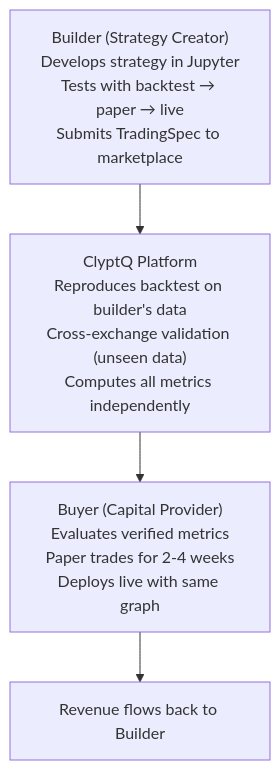
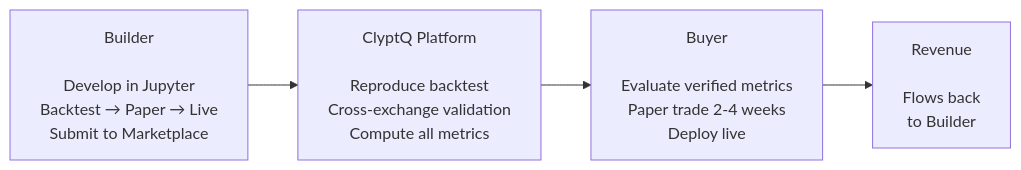
One commit to Clypt/docs changed the first of 2 diagrams in platform/ecosystem-overview.mdx. Above: the diagram before and after it, drawn with Mermaid. The commit also changed other lines of this file and 12 other files, not shown here.

````diff
--- a/platform/ecosystem-overview.mdx
+++ b/platform/ecosystem-overview.mdx
@@ -18,9 +18,9 @@
 ```mermaid
-flowchart TB
-    Builder["Builder (Strategy Creator)<br>Develops strategy in Jupyter<br>Tests with backtest → paper → live<br>Submits TradingSpec to marketplace"]
-    Platform["ClyptQ Platform<br>Reproduces backtest on builder's data<br>Cross-exchange validation (unseen data)<br>Computes all metrics independently"]
-    Buyer["Buyer (Capital Provider)<br>Evaluates verified metrics<br>Paper trades for 2-4 weeks<br>Deploys live with same graph"]
-    Revenue["Revenue flows back to Builder"]
+flowchart LR
+    Builder["Builder<br><br>Develop in Jupyter<br>Backtest → Paper → Live<br>Submit to Marketplace"]
+    Platform["ClyptQ Platform<br><br>Reproduce backtest<br>Cross-exchange validation<br>Compute all metrics"]
+    Buyer["Buyer<br><br>Evaluate verified metrics<br>Paper trade 2-4 weeks<br>Deploy live"]
+    Revenue["Revenue<br><br>Flows back<br>to Builder"]
 
     Builder --> Platform --> Buyer --> Revenue
 ```
````
